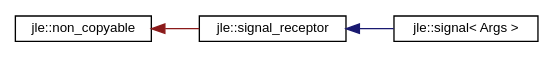
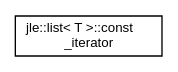
The diagram in jle_cpp_tk.doc/inherit_graph_15.dot (jleahred/jleahred.github.io), drawn with Graphviz before and after one commit. The commit also changed 482 other files, not shown here.

```diff
--- a/jle_cpp_tk.doc/inherit_graph_15.dot
+++ b/jle_cpp_tk.doc/inherit_graph_15.dot
@@ -1,11 +1,7 @@
 digraph "Graphical Class Hierarchy"
 {
   edge [fontname="Helvetica",fontsize="10",labelfontname="Helvetica",labelfontsize="10"];
   node [fontname="Helvetica",fontsize="10",shape=record];
   rankdir="LR";
-  Node1 [label="jle::non_copyable",height=0.2,width=0.4,color="black", fillcolor="white", style="filled",URL="$classjle_1_1non__copyable.html"];
-  Node1 -> Node2 [dir="back",color="firebrick4",fontsize="10",style="solid",fontname="Helvetica"];
-  Node2 [label="jle::signal_receptor",height=0.2,width=0.4,color="black", fillcolor="white", style="filled",URL="$classjle_1_1signal__receptor.html",tooltip="Any object connected to signals, has to inherit from signal_receptor. "];
-  Node2 -> Node3 [dir="back",color="midnightblue",fontsize="10",style="solid",fontname="Helvetica"];
-  Node3 [label="jle::signal\< Args \>",height=0.2,width=0.4,color="black", fillcolor="white", style="filled",URL="$classjle_1_1signal.html",tooltip="signal instance to connect and emit "];
+  Node1 [label="jle::list\< T \>::const\l_iterator",height=0.2,width=0.4,color="black", fillcolor="white", style="filled",URL="$classjle_1_1list_1_1const__iterator.html"];
 }
```
